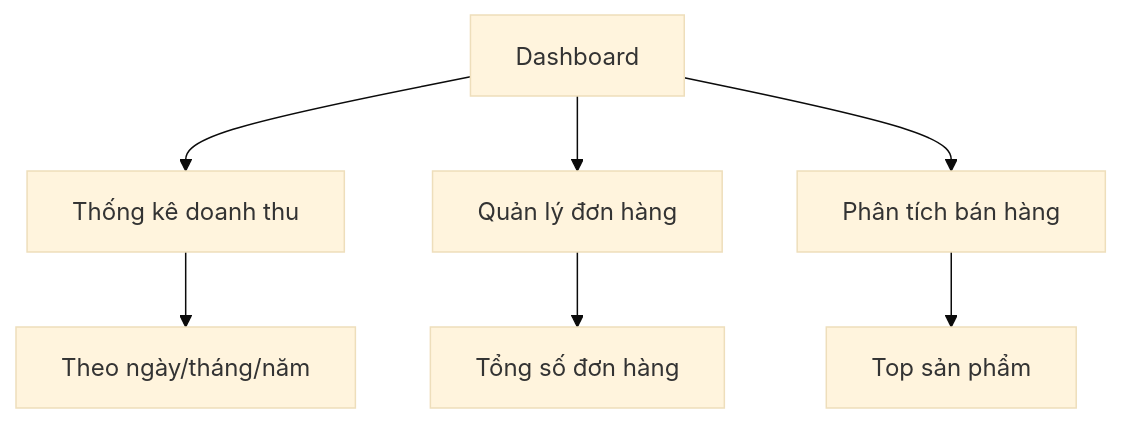
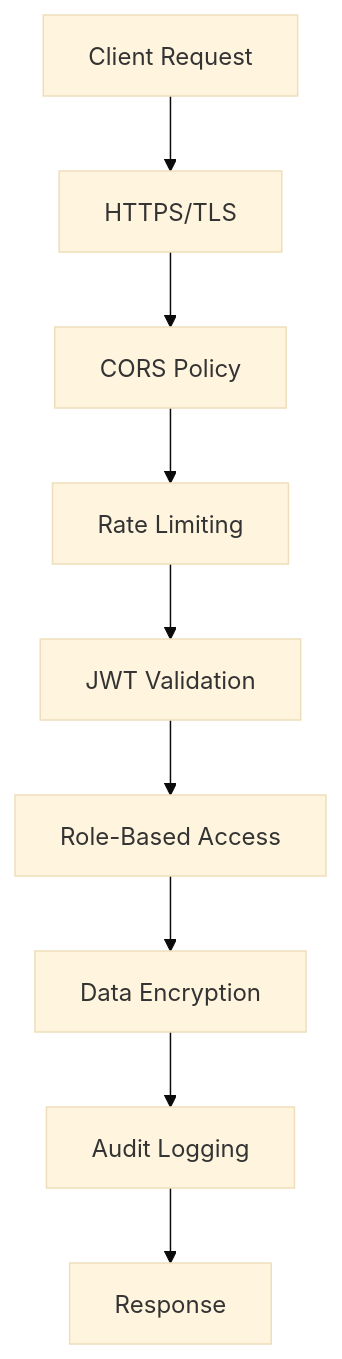
Before and after one commit to toantran00/BTTH_12: the seventh of 12 diagrams in README.md, drawn with Mermaid (base theme). The commit also changed other lines of this file, not shown here.

````diff
--- a/README.md
+++ b/README.md
@@ -316,9 +405,11 @@
 ```mermaid
-graph TD
-    A[Dashboard] --> B[Thống kê doanh thu]
-    A --> C[Quản lý đơn hàng]
-    A --> D[Phân tích bán hàng]
-    B --> E[Theo ngày/tháng/năm]
-    C --> F[Tổng số đơn hàng]
-    D --> G[Top sản phẩm]
+graph TB
+    A[Client Request] --> B[HTTPS/TLS]
+    B --> C[CORS Policy]
+    C --> D[Rate Limiting]
+    D --> E[JWT Validation]
+    E --> F[Role-Based Access]
+    F --> G[Data Encryption]
+    G --> H[Audit Logging]
+    H --> I[Response]
 ```
````
